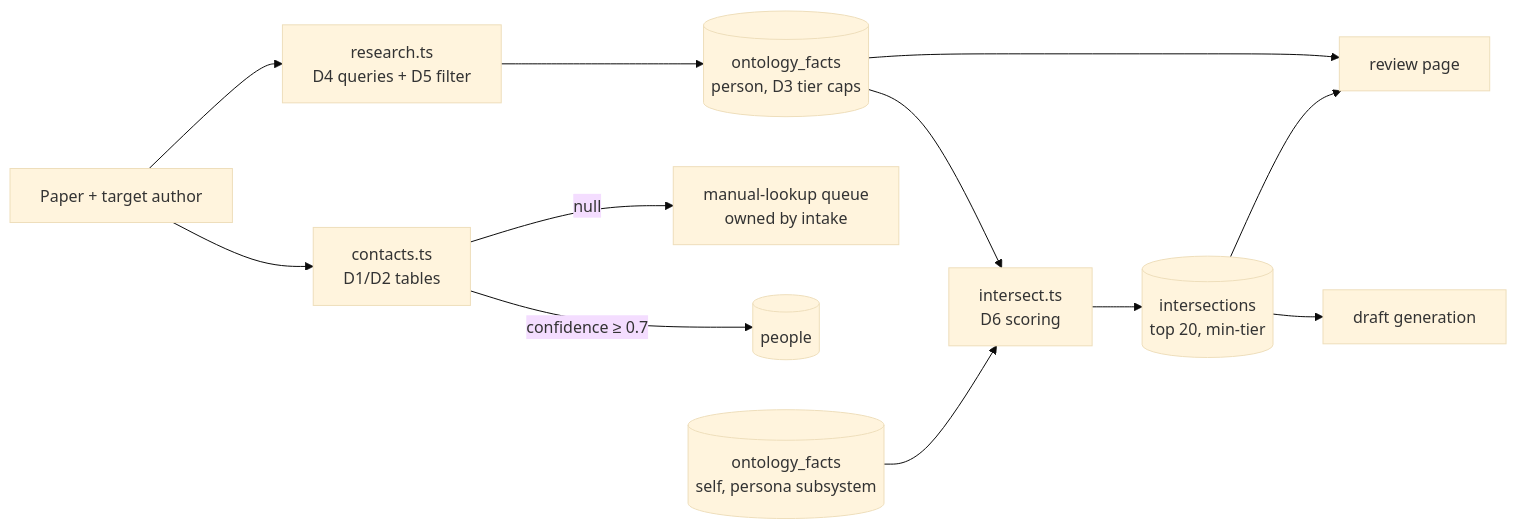
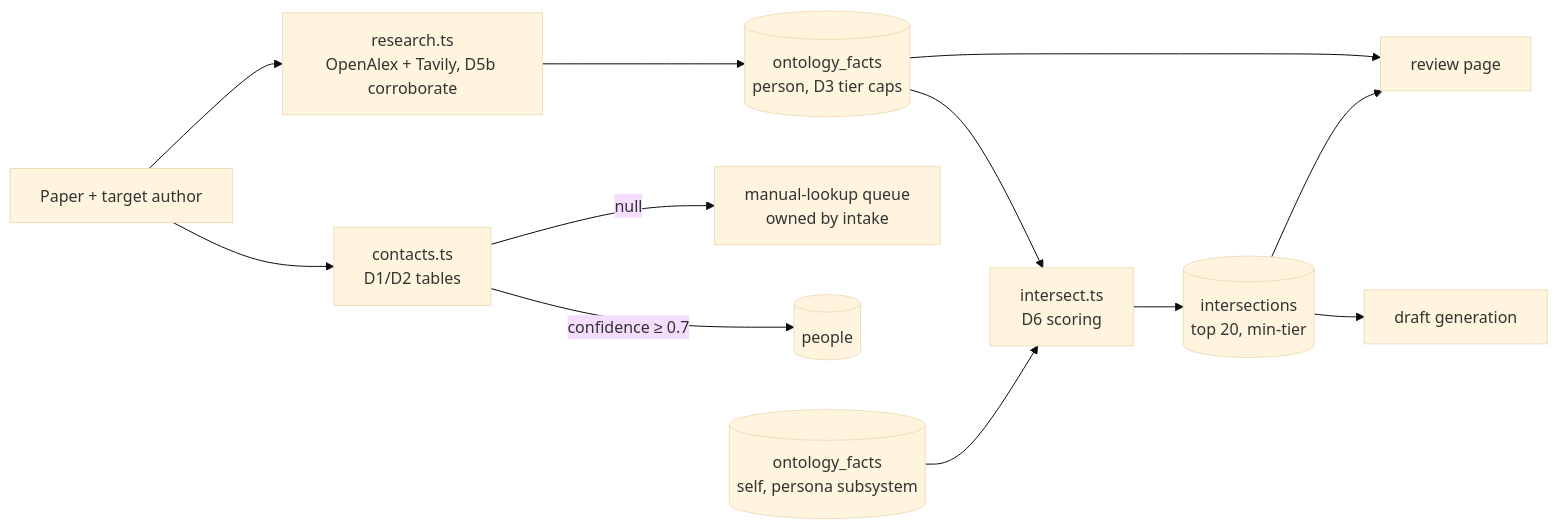
One commit to dittygoops/networks changed the diagram in docs/spec-profile-mining.md. Above: the diagram before and after it, drawn with Mermaid (base theme). The commit also changed other lines of this file and 1 other file, not shown here.

First line of the commit message:
Step B spec: OpenAlex-backed research, ambiguity pass (D3a-D6a)

````diff
--- a/docs/spec-profile-mining.md
+++ b/docs/spec-profile-mining.md
@@ -196,14 +209,14 @@
 ```mermaid
 flowchart LR
     P[Paper + target author] --> CE[contacts.ts<br/>D1/D2 tables]
     CE -->|confidence ≥ 0.7| PPL[(people)]
     CE -->|null| MQ[manual-lookup queue<br/>owned by intake]
-    P --> R[research.ts<br/>D4 queries + D5 filter]
+    P --> R[research.ts<br/>OpenAlex + Tavily, D5b corroborate]
     R --> OF[(ontology_facts<br/>person, D3 tier caps)]
     SO[(ontology_facts<br/>self, persona subsystem)] --> IX[intersect.ts<br/>D6 scoring]
     OF --> IX
     IX --> INT[(intersections<br/>top 20, min-tier)]
     INT --> DG[draft generation]
     OF --> RV[review page]
     INT --> RV
 ```
````
